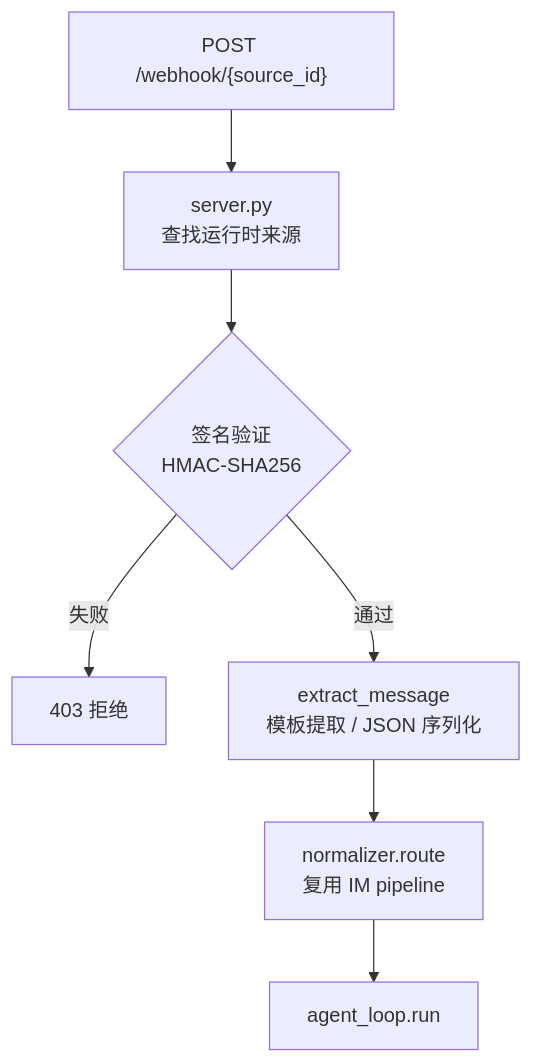
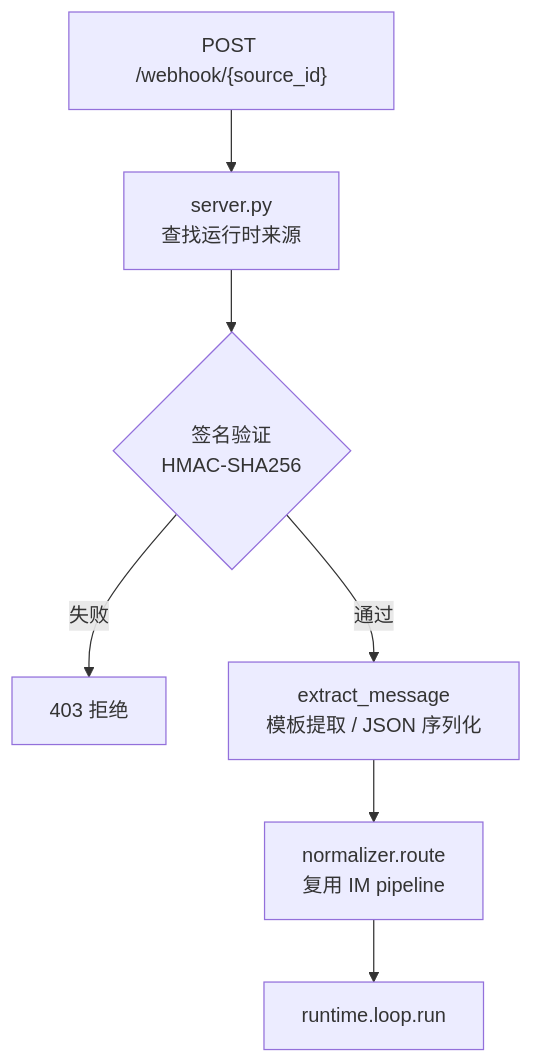
The third of 4 diagrams in docs/architecture.md (Summy2104/fleetent), drawn with Mermaid before and after one commit. The commit also changed other lines of this file and 3 other files, not shown here.

First line of the commit message:
docs: remove source-module-organization-roadmap + retarget spec; dedup architecture.md

````diff
--- a/docs/architecture.md
+++ b/docs/architecture.md
@@ -158,9 +63,9 @@
 ```mermaid
 flowchart TD
     A["POST /webhook/{source_id}"] --> B["server.py\n查找运行时来源"]
     B --> C{"签名验证\nHMAC-SHA256"}
     C -->|失败| D["403 拒绝"]
     C -->|通过| E["extract_message\n模板提取 / JSON 序列化"]
     E --> F["normalizer.route\n复用 IM pipeline"]
-    F --> G["agent_loop.run"]
+    F --> G["runtime.loop.run"]
 ```
````
